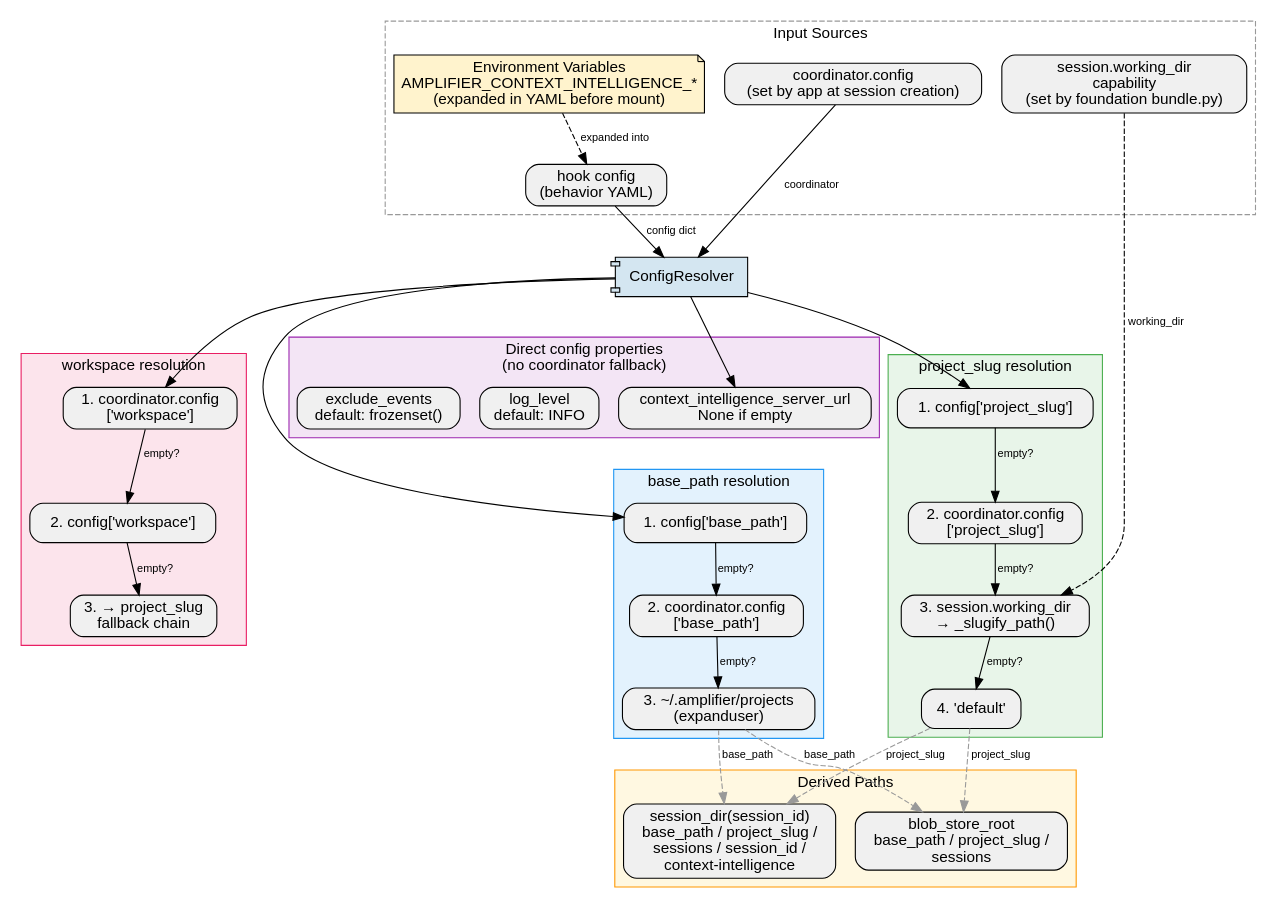
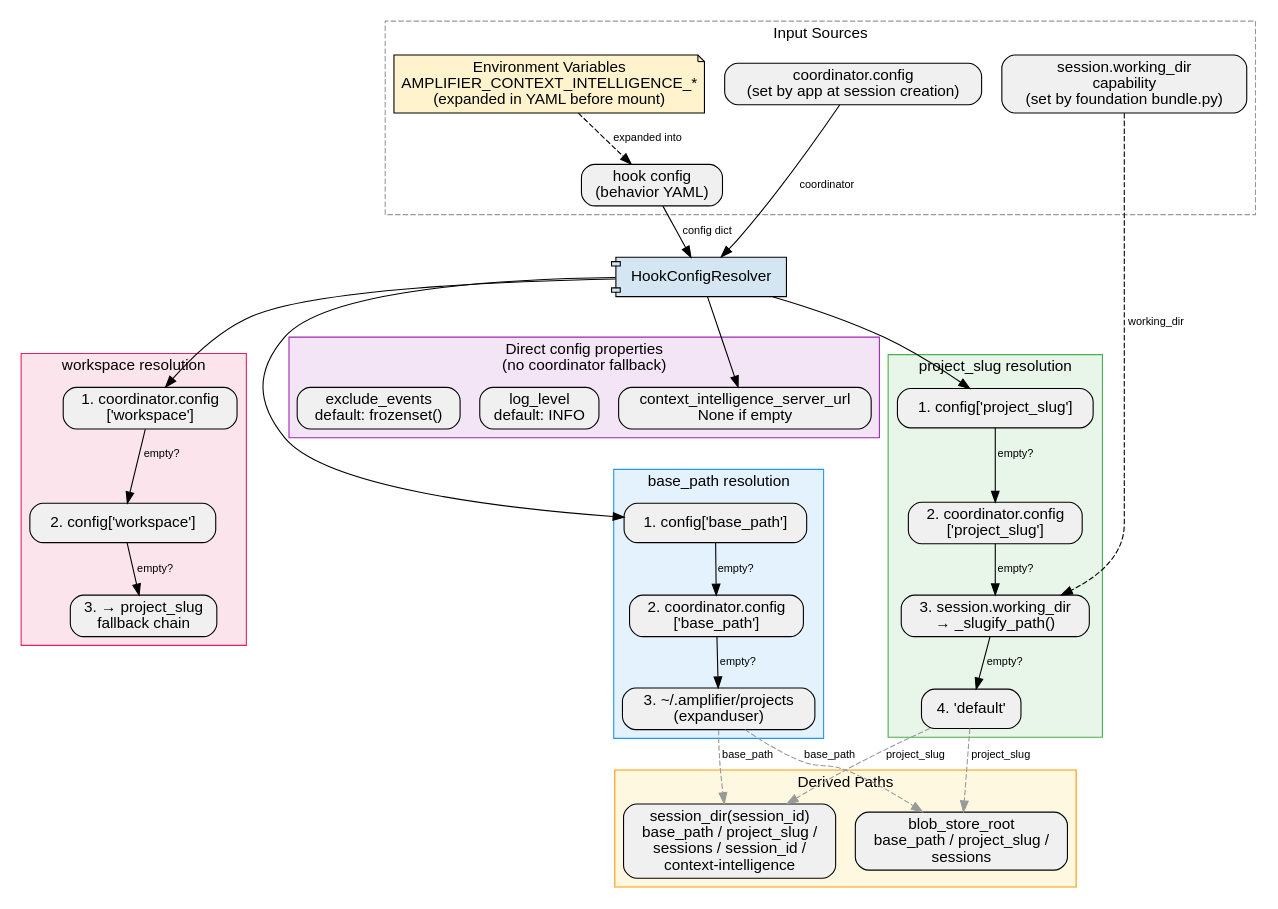
One commit to microsoft/amplifier-bundle-context-intelligence changed the diagram in context/config-resolution.dot. Above: the diagram before and after it, drawn with Graphviz. The commit also changed 20 other files, not shown here.

First line of the commit message:
refactor: implement dual resolver strategy for config resolution

```diff
--- a/context/config-resolution.dot
+++ b/context/config-resolution.dot
@@ -1,118 +1,118 @@
-// ConfigResolver — lazy fallback chain for hook configuration values.
+// HookConfigResolver — lazy fallback chain for hook configuration values.
 //
 // Each property is resolved on first access and cached.
 // Empty strings in config are treated as absent and fall through
 // to the next source in the chain (standard or-chain falsy semantics).
 //
 // Render: dot -Tsvg config-resolution.dot -o config-resolution.svg
 
-digraph ConfigResolver {
+digraph HookConfigResolver {
     rankdir=TB;
     fontname="Helvetica";
     node [fontname="Helvetica", shape=box, style="rounded,filled", fillcolor="#f0f0f0"];
     edge [fontname="Helvetica", fontsize=10];
 
     // --- Central node ---
-    resolver [label="ConfigResolver", shape=component, fillcolor="#d4e6f1", style="filled"];
+    resolver [label="HookConfigResolver", shape=component, fillcolor="#d4e6f1", style="filled"];
 
     // --- Input sources ---
     subgraph cluster_inputs {
         label="Input Sources";
         style=dashed;
         color="#999999";
 
         hook_config [label="hook config\n(behavior YAML)"];
         coord_config [label="coordinator.config\n(set by app at session creation)"];
         session_cap [label="session.working_dir\ncapability\n(set by foundation bundle.py)"];
         env_vars [label="Environment Variables\nAMPLIFIER_CONTEXT_INTELLIGENCE_*\n(expanded in YAML before mount)", shape=note, fillcolor="#fff3cd"];
     }
 
     env_vars -> hook_config [label="expanded into", style=dashed];
 
     // --- project_slug resolution ---
     subgraph cluster_project_slug {
         label="project_slug resolution";
         style=filled;
         fillcolor="#e8f5e9";
         color="#4caf50";
 
         ps_config [label="1. config['project_slug']"];
         ps_coord [label="2. coordinator.config\n['project_slug']"];
         ps_working_dir [label="3. session.working_dir\n→ _slugify_path()"];
         ps_default [label="4. 'default'"];
 
         ps_config -> ps_coord [label="empty?"];
         ps_coord -> ps_working_dir [label="empty?"];
         ps_working_dir -> ps_default [label="empty?"];
     }
 
     // --- base_path resolution ---
     subgraph cluster_base_path {
         label="base_path resolution";
         style=filled;
         fillcolor="#e3f2fd";
         color="#2196f3";
 
         bp_config [label="1. config['base_path']"];
         bp_coord [label="2. coordinator.config\n['base_path']"];
         bp_default [label="3. ~/.amplifier/projects\n(expanduser)"];
 
         bp_config -> bp_coord [label="empty?"];
         bp_coord -> bp_default [label="empty?"];
     }
 
     // --- workspace resolution ---
     subgraph cluster_workspace {
         label="workspace resolution";
         style=filled;
         fillcolor="#fce4ec";
         color="#e91e63";
 
         ws_coord [label="1. coordinator.config\n['workspace']"];
         ws_config [label="2. config['workspace']"];
         ws_slug [label="3. → project_slug\nfallback chain"];
 
         ws_coord -> ws_config [label="empty?"];
         ws_config -> ws_slug [label="empty?"];
     }
 
     // --- Simple properties (no fallback chain) ---
     subgraph cluster_simple {
         label="Direct config properties\n(no coordinator fallback)";
         style=filled;
         fillcolor="#f3e5f5";
         color="#9c27b0";
 
         server_url [label="context_intelligence_server_url\nNone if empty"];
         log_level [label="log_level\ndefault: INFO"];
         exclude [label="exclude_events\ndefault: frozenset()"];
     }
 
     // --- Derived paths ---
     subgraph cluster_derived {
         label="Derived Paths";
         style=filled;
         fillcolor="#fff8e1";
         color="#ff9800";
 
         session_dir [label="session_dir(session_id)\nbase_path / project_slug /\nsessions / session_id /\ncontext-intelligence"];
         blob_root [label="blob_store_root\nbase_path / project_slug /\nsessions"];
     }
 
     // --- Edges from resolver ---
     resolver -> ps_config [lhead=cluster_project_slug];
     resolver -> bp_config [lhead=cluster_base_path];
     resolver -> ws_coord [lhead=cluster_workspace];
     resolver -> server_url [lhead=cluster_simple];
 
     hook_config -> resolver [label="config dict"];
     coord_config -> resolver [label="coordinator"];
     session_cap -> ps_working_dir [label="working_dir", style=dashed];
 
     // --- Derived path dependencies ---
     ps_default -> session_dir [style=dashed, label="project_slug", color="#999999"];
     bp_default -> session_dir [style=dashed, label="base_path", color="#999999"];
     ps_default -> blob_root [style=dashed, label="project_slug", color="#999999"];
     bp_default -> blob_root [style=dashed, label="base_path", color="#999999"];
     ws_slug -> ws_coord [style=invis]; // layout hint
 }
```
